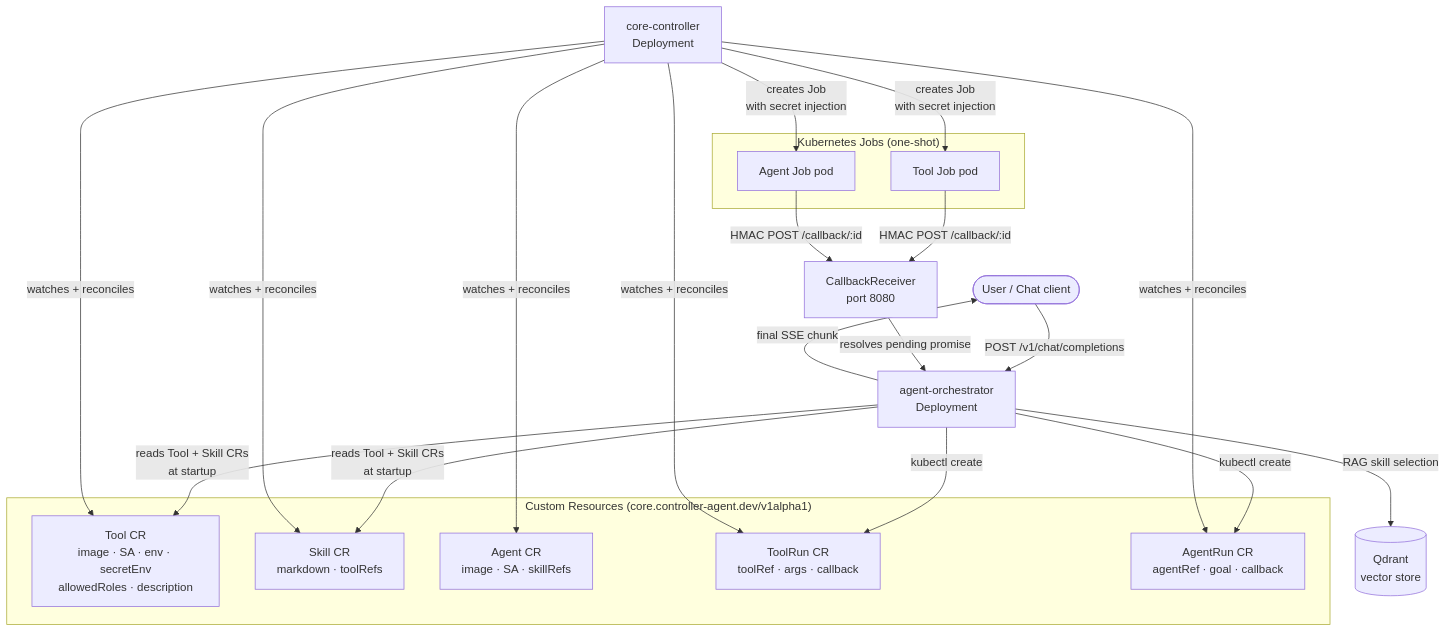
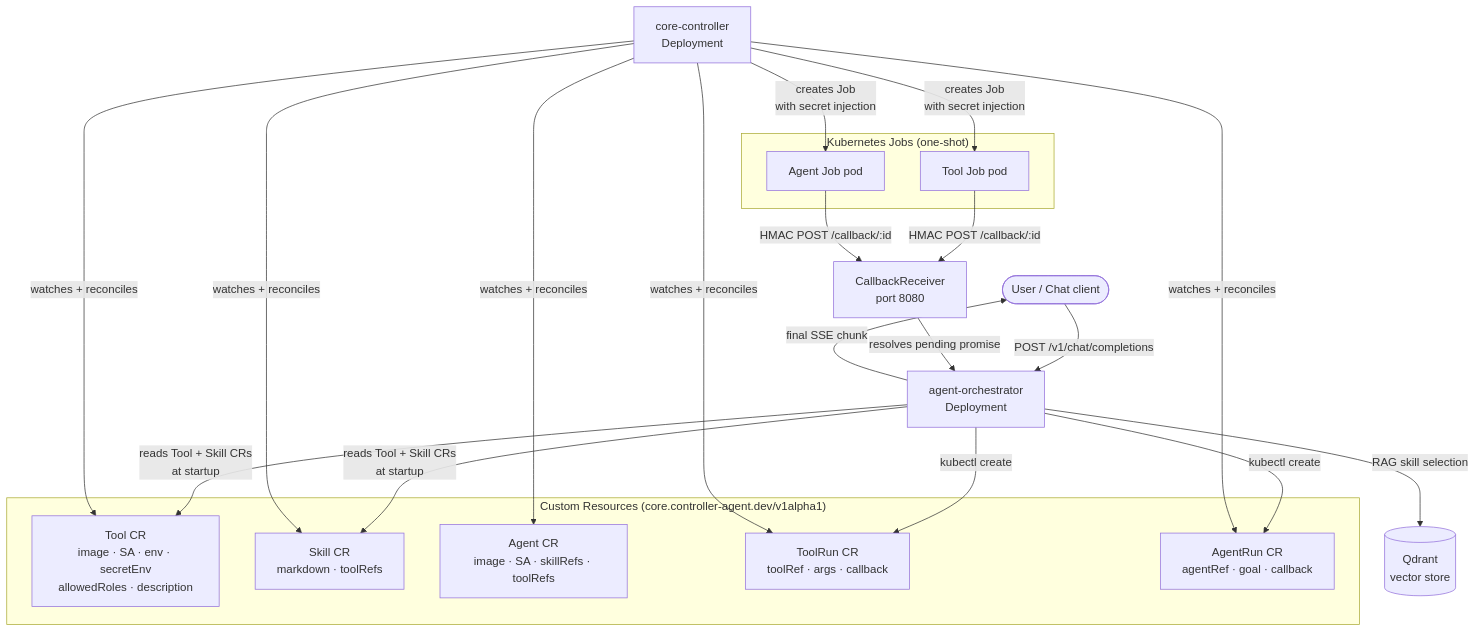
Before and after one commit to imaustink/agent-controller: the diagram in controllers/core-controller/README.md, drawn with Mermaid. The commit also changed 22 other files, not shown here.

First line of the commit message:
Let agents call tools via a new toolRefs field and callTool() SDK method

````diff
--- a/controllers/core-controller/README.md
+++ b/controllers/core-controller/README.md
@@ -54,54 +54,54 @@
 ```mermaid
 graph TD
     User(["User / Chat client"])
     OrchestratorDeploy["agent-orchestrator
 Deployment"]
     Controller["core-controller
 Deployment"]
 
     subgraph CRDs["Custom Resources (core.controller-agent.dev/v1alpha1)"]
         ToolCR["Tool CR
 image · SA · env · secretEnv
 allowedRoles · description"]
         SkillCR["Skill CR
 markdown · toolRefs"]
         AgentCR["Agent CR
-image · SA · skillRefs"]
+image · SA · skillRefs · toolRefs"]
         ToolRunCR["ToolRun CR
 toolRef · args · callback"]
         AgentRunCR["AgentRun CR
 agentRef · goal · callback"]
     end
 
     subgraph Jobs["Kubernetes Jobs (one-shot)"]
         ToolJob["Tool Job pod"]
         AgentJob["Agent Job pod"]
     end
 
     CallbackSrv["CallbackReceiver
 port 8080"]
     Qdrant[("Qdrant
 vector store")]
 
     User -->|"POST /v1/chat/completions"| OrchestratorDeploy
     OrchestratorDeploy -->|"RAG skill selection"| Qdrant
     OrchestratorDeploy -->|"reads Tool + Skill CRs
 at startup"| ToolCR
     OrchestratorDeploy -->|"reads Tool + Skill CRs
 at startup"| SkillCR
     OrchestratorDeploy -->|"kubectl create"| ToolRunCR
     OrchestratorDeploy -->|"kubectl create"| AgentRunCR
     Controller -->|"watches + reconciles"| ToolRunCR
     Controller -->|"watches + reconciles"| AgentRunCR
     Controller -->|"watches + reconciles"| ToolCR
     Controller -->|"watches + reconciles"| SkillCR
     Controller -->|"watches + reconciles"| AgentCR
     Controller -->|"creates Job
 with secret injection"| ToolJob
     Controller -->|"creates Job
 with secret injection"| AgentJob
     ToolJob -->|"HMAC POST /callback/:id"| CallbackSrv
     AgentJob -->|"HMAC POST /callback/:id"| CallbackSrv
     CallbackSrv -->|"resolves pending promise"| OrchestratorDeploy
     OrchestratorDeploy -->|"final SSE chunk"| User
 ```
````
